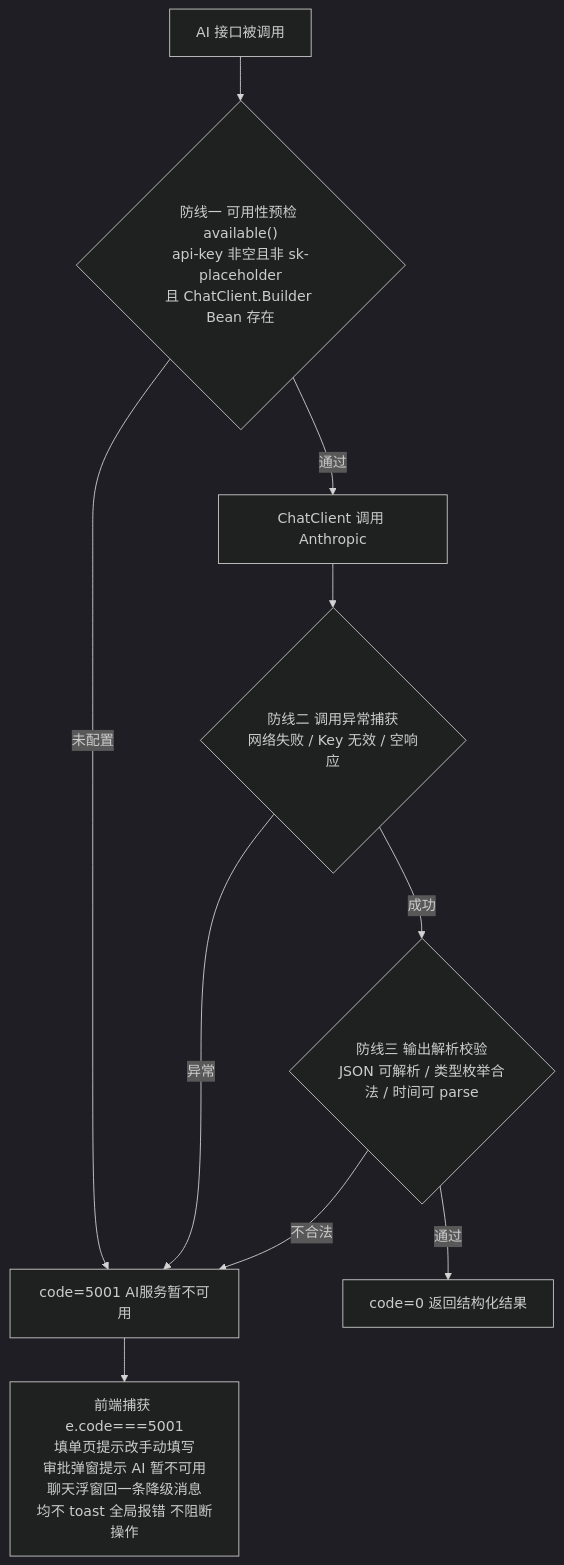
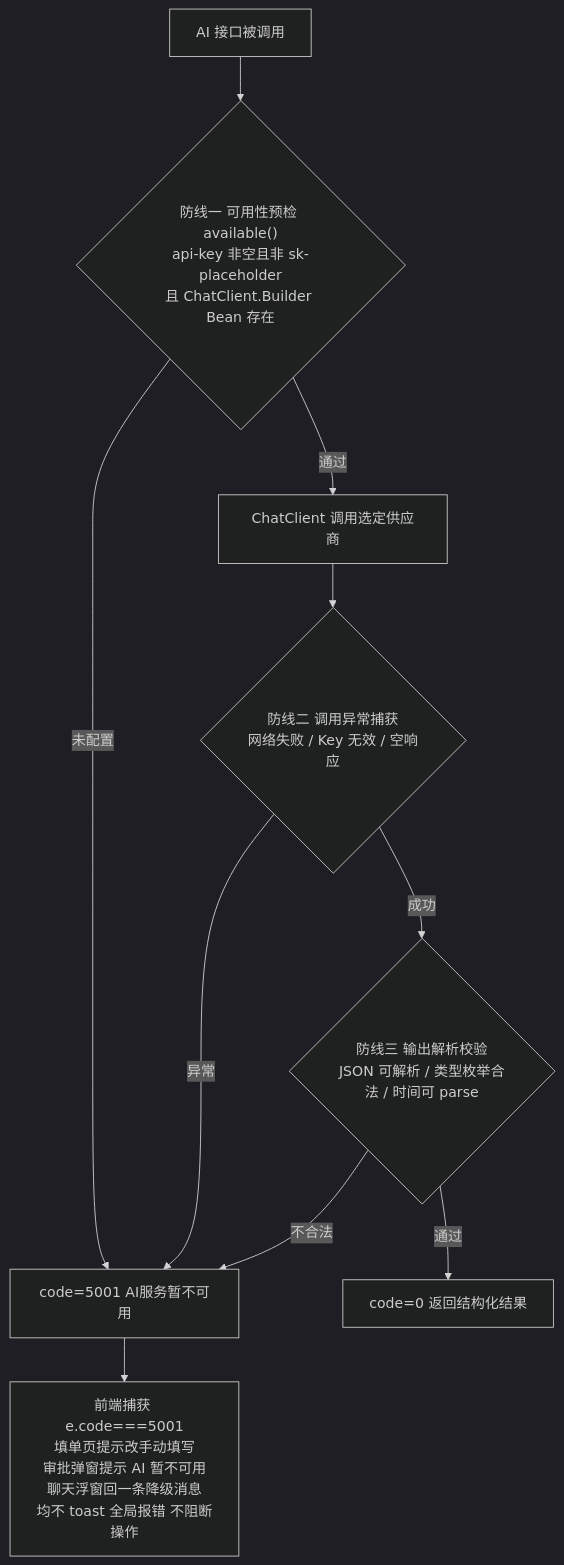
One commit to lonelymeko/student-leave-system changed the second of 3 diagrams in docs/modules/03-AI智能助手与统计分析模块.md. Above: the diagram before and after it, drawn with Mermaid (dark theme). The commit also changed other lines of this file and 6 other files, not shown here.

````diff
--- a/docs/modules/03-AI智能助手与统计分析模块.md
+++ b/docs/modules/03-AI智能助手与统计分析模块.md
@@ -70,12 +71,12 @@
 ```mermaid
 flowchart TD
     A["AI 接口被调用"] --> B{"防线一 可用性预检 available()<br/>api-key 非空且非 sk-placeholder<br/>且 ChatClient.Builder Bean 存在"}
     B -- 未配置 --> F["code=5001 AI服务暂不可用"]
-    B -- 通过 --> C["ChatClient 调用 Anthropic"]
+    B -- 通过 --> C["ChatClient 调用选定供应商"]
     C --> D{"防线二 调用异常捕获<br/>网络失败 / Key 无效 / 空响应"}
     D -- 异常 --> F
     D -- 成功 --> E{"防线三 输出解析校验<br/>JSON 可解析 / 类型枚举合法 / 时间可 parse"}
     E -- 不合法 --> F
     E -- 通过 --> G["code=0 返回结构化结果"]
     F --> H["前端捕获 e.code===5001<br/>填单页提示改手动填写<br/>审批弹窗提示 AI 暂不可用<br/>聊天浮窗回一条降级消息<br/>均不 toast 全局报错 不阻断操作"]
 ```
````
